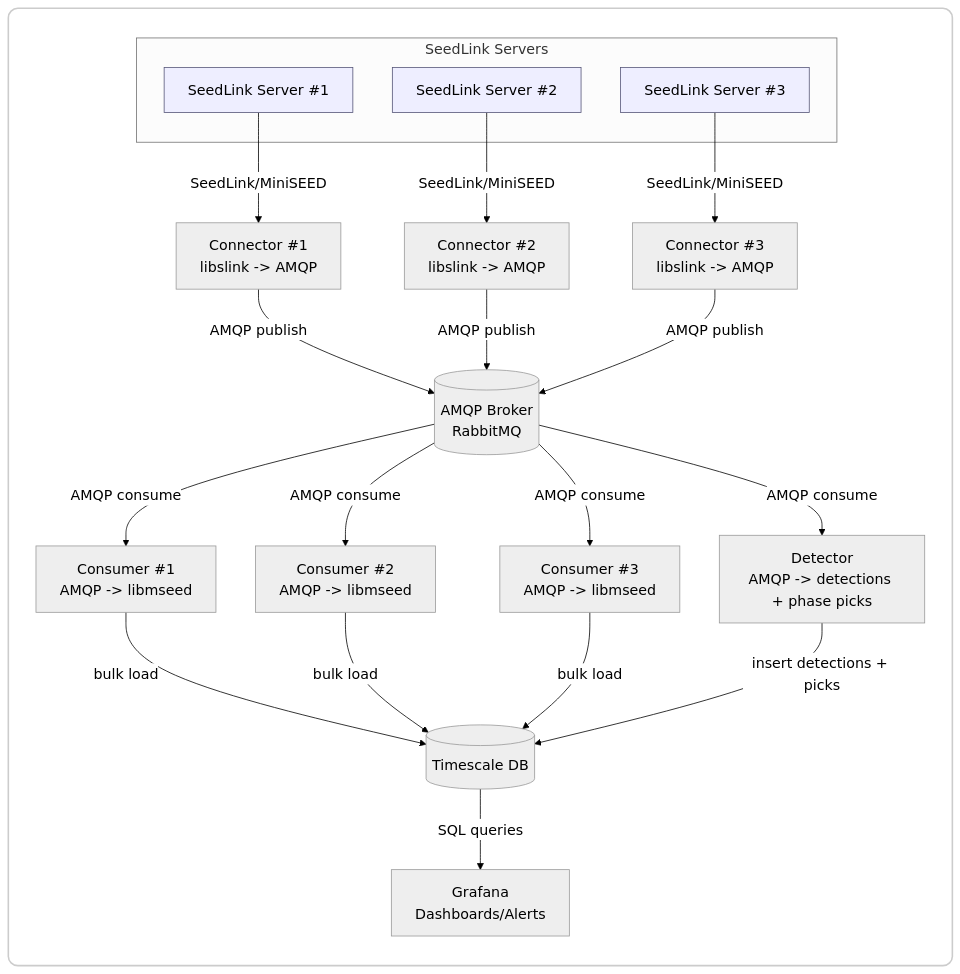
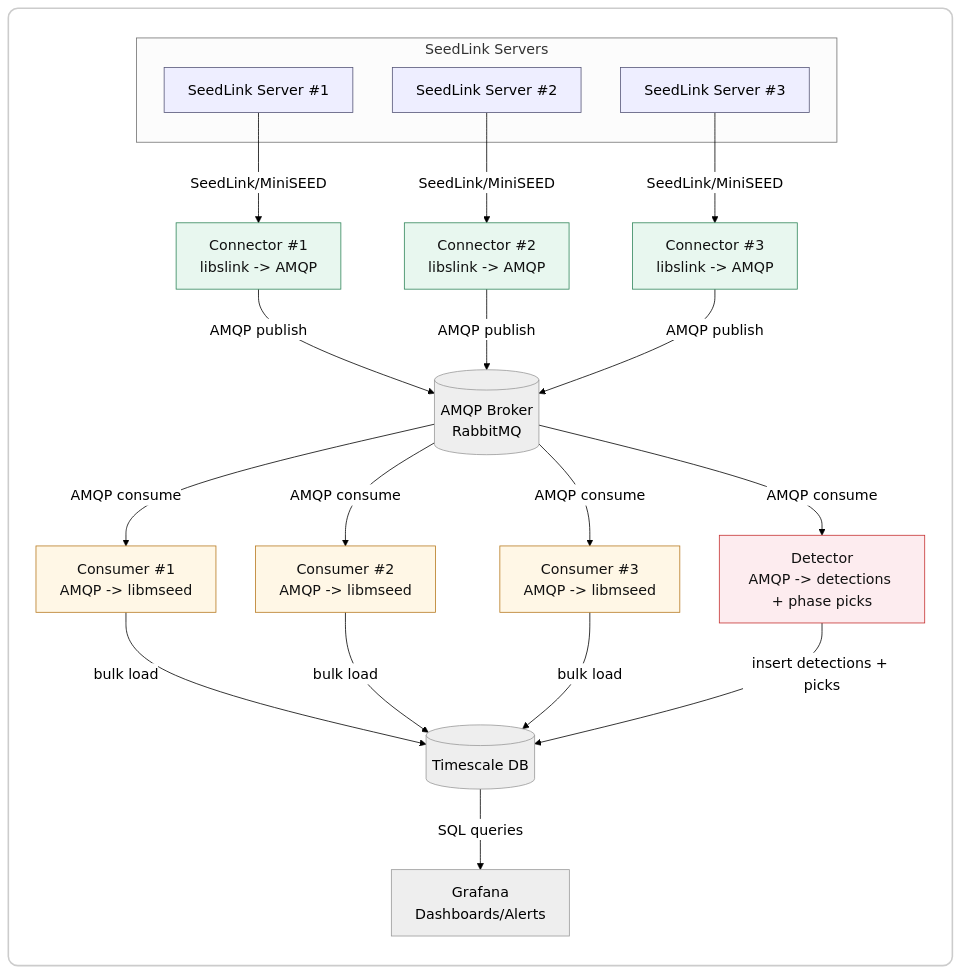
One commit to timkomate/seisstream changed the diagram in README.md. Above: the diagram before and after it, drawn with Mermaid.

Commit message:
Update README.md (color own services)

````diff
--- a/README.md
+++ b/README.md
@@ -6,37 +6,46 @@
 ```mermaid
 %%{init: {"theme":"neutral","themeVariables":{"fontSize":"18px","primaryTextColor":"#000","lineColor":"#000"}}}%%
 flowchart TB
 
   subgraph BG[" "]
     direction TB
 
     subgraph SeedLink Servers
       SL1[SeedLink Server #1]:::src
       SL2[SeedLink Server #2]:::src
       SL3[SeedLink Server #3]:::src
     end
 
     SL1 -->|SeedLink/MiniSEED| CON1[Connector #1<br/>libslink -> AMQP]
     SL2 -->|SeedLink/MiniSEED| CON2[Connector #2<br/>libslink -> AMQP]
     SL3 -->|SeedLink/MiniSEED| CON3[Connector #3<br/>libslink -> AMQP]
 
     CON1 -->|AMQP publish| MQ[(AMQP Broker<br/>RabbitMQ)]
     CON2 -->|AMQP publish| MQ
     CON3 -->|AMQP publish| MQ
 
     MQ -->|AMQP consume| CNS1[Consumer #1<br/>AMQP -> libmseed]
     MQ -->|AMQP consume| CNS2[Consumer #2<br/>AMQP -> libmseed]
     MQ -->|AMQP consume| CNS3[Consumer #3<br/>AMQP -> libmseed]
     MQ -->|AMQP consume| DET[Detector<br/>AMQP -> detections + phase picks]
 
     CNS1 -->|bulk load| PG[(Timescale DB)]
     CNS2 -->|bulk load| PG
     CNS3 -->|bulk load| PG
     DET -->|insert detections + picks| PG
 
     PG -->|SQL queries| GRAF[Grafana<br/>Dashboards/Alerts]
   end
 
   classDef src fill:#eef,stroke:#557;
   style BG fill:#ffffff,stroke:#cccccc,stroke-width:2px,rx:12,ry:12;
+
+  classDef connector fill:#e8f7ef,stroke:#2f855a,color:#111;
+  classDef consumer fill:#fff7e6,stroke:#b7791f,color:#111;
+  classDef detector fill:#fdecef,stroke:#c53030,color:#111;
+  classDef locator fill:#edf2ff,stroke:#5a67d8,color:#111;
+
+  class CON1,CON2,CON3 connector;
+  class CNS1,CNS2,CNS3 consumer;
+  class DET detector;
 ```
````
